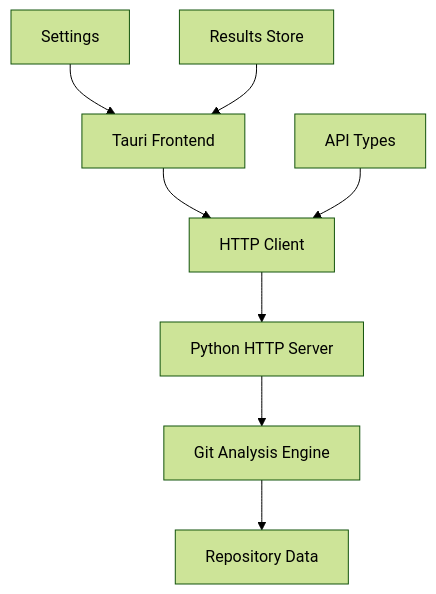
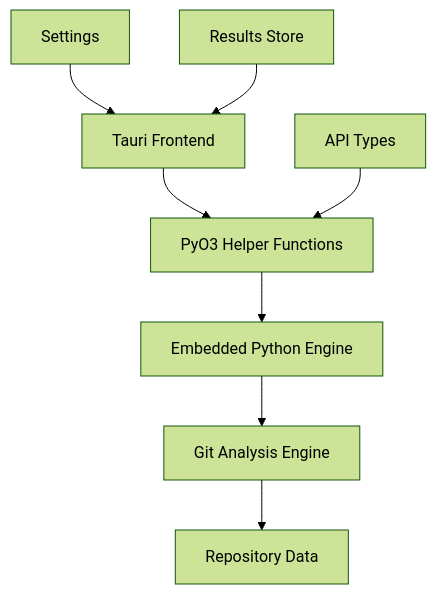
The diagram in docs/index.md (boost-edu-tools/gitinspectorgui), drawn with Mermaid (forest theme) before and after one commit. The commit also changed other lines of this file and 19 other files, not shown here.

First line of the commit message:
docs: update architecture from raw PyO3 to simplified helper functions

````diff
--- a/docs/index.md
+++ b/docs/index.md
@@ -57,11 +57,11 @@
 ```mermaid
 graph TD
-    A[Tauri Frontend] --> B[HTTP Client]
-    B --> C[Python HTTP Server]
+    A[Tauri Frontend] --> B[PyO3 Helper Functions]
+    B --> C[Embedded Python Engine]
     C --> D[Git Analysis Engine]
     D --> E[Repository Data]
 
     F[Settings] --> A
     G[Results Store] --> A
     H[API Types] --> B
 ```
````
